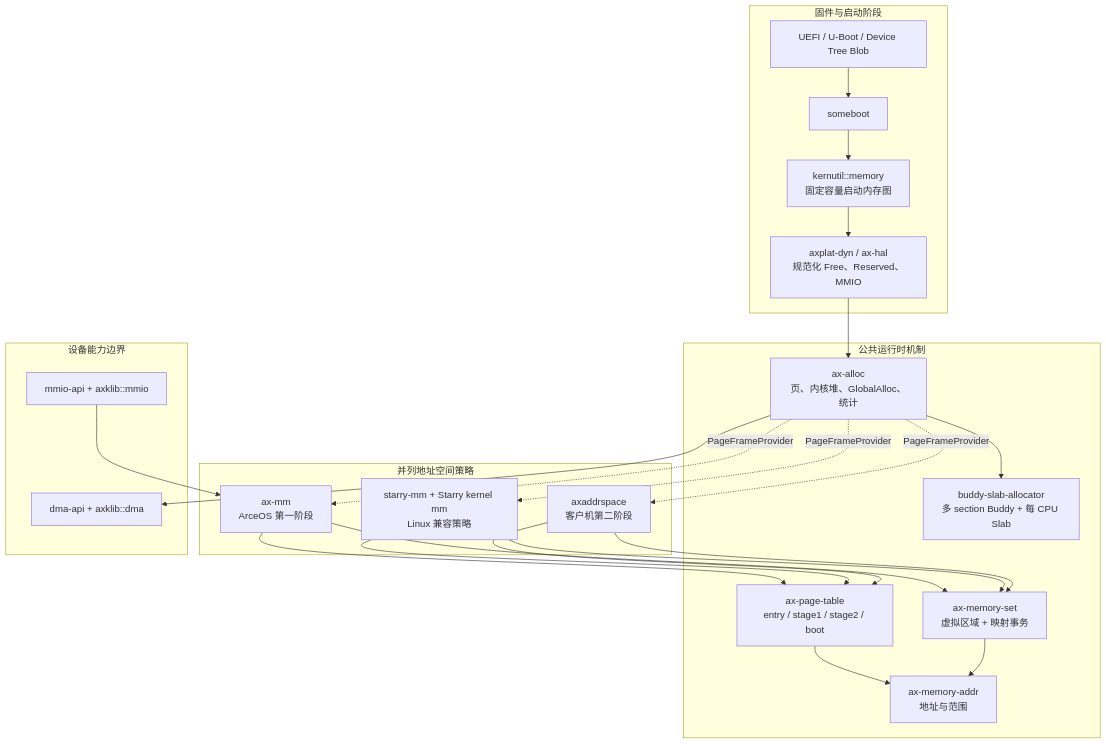
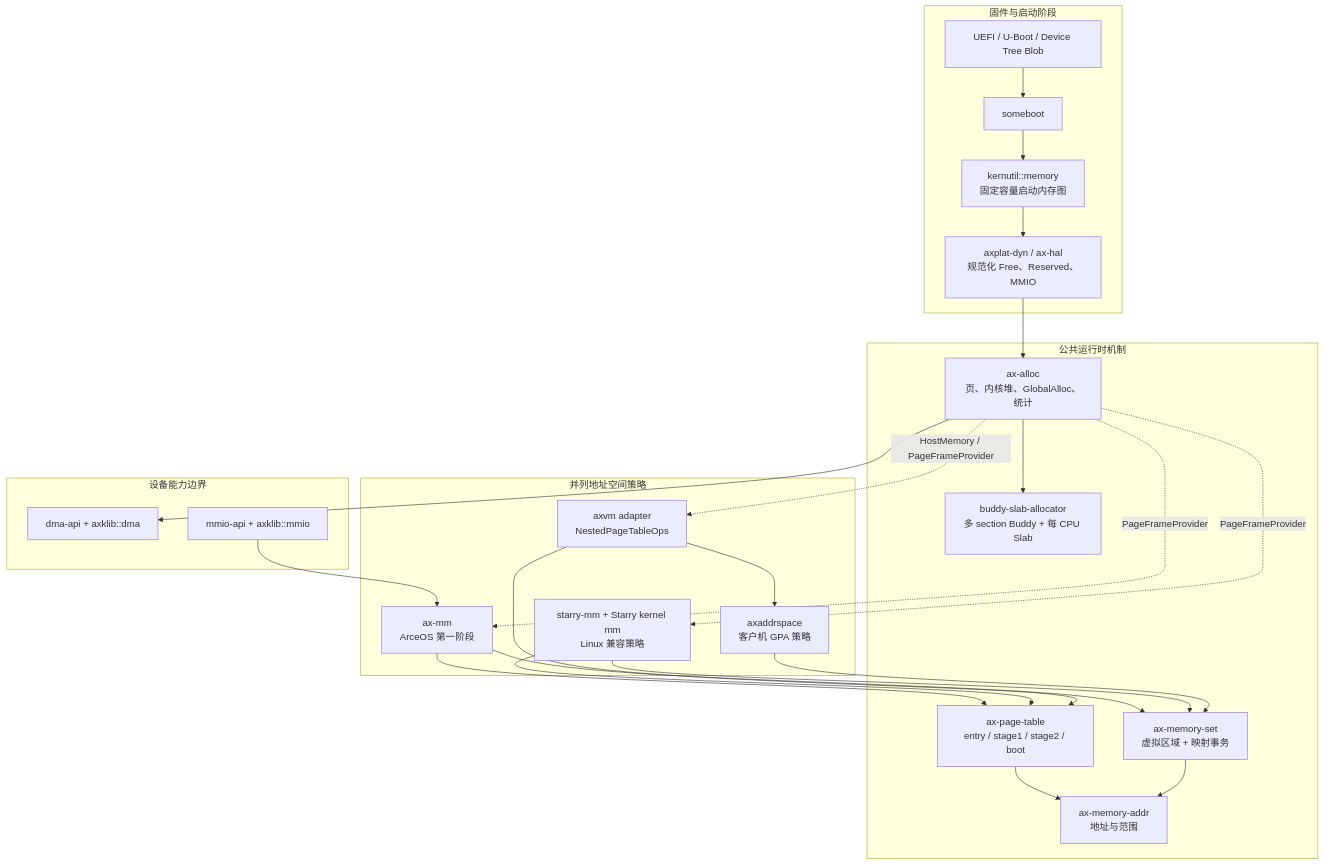
One commit to rcore-os/tgoskits changed the first of 3 diagrams in docs/docs/architecture/memory/overview.md. Above: the diagram before and after it, drawn with Mermaid. The commit also changed other lines of this file and 9 other files, not shown here.

Commit message:
docs(memory): extract axaddrspace guest policy into dedicated doc

````diff
--- a/docs/docs/architecture/memory/overview.md
+++ b/docs/docs/architecture/memory/overview.md
@@ -16,41 +16,43 @@
 ```mermaid
 flowchart TB
     subgraph Firmware["固件与启动阶段"]
         FW["UEFI / U-Boot / Device Tree Blob"] --> BOOT["someboot"]
         BOOT --> BMAP["kernutil::memory\n固定容量启动内存图"]
         BMAP --> HANDOFF["axplat-dyn / ax-hal\n规范化 Free、Reserved、MMIO"]
     end
 
     subgraph Runtime["公共运行时机制"]
         HANDOFF --> ALLOC["ax-alloc\n页、内核堆、GlobalAlloc、统计"]
         ALLOC --> BS["buddy-slab-allocator\n多 section Buddy + 每 CPU Slab"]
         PT["ax-page-table\nentry / stage1 / stage2 / boot"]
         SET["ax-memory-set\n虚拟区域 + 映射事务"]
         ADDR["ax-memory-addr\n地址与范围"]
         PT --> ADDR
         SET --> ADDR
     end
 
     subgraph Policy["并列地址空间策略"]
         AXMM["ax-mm\nArceOS 第一阶段"]
         STARRY["starry-mm + Starry kernel mm\nLinux 兼容策略"]
-        AXAS["axaddrspace\n客户机第二阶段"]
+        AXAS["axaddrspace\n客户机 GPA 策略"]
+        AXVM["axvm adapter\nNestedPageTableOps"]
         AXMM --> PT
         AXMM --> SET
         STARRY --> PT
         STARRY --> SET
-        AXAS --> PT
         AXAS --> SET
+        AXVM --> AXAS
+        AXVM --> PT
     end
 
     subgraph Device["设备能力边界"]
         DMA["dma-api + axklib::dma"]
         MMIO["mmio-api + axklib::mmio"]
     end
 
     ALLOC -. "PageFrameProvider" .-> AXMM
     ALLOC -. "PageFrameProvider" .-> STARRY
-    ALLOC -. "PageFrameProvider" .-> AXAS
+    ALLOC -. "HostMemory / PageFrameProvider" .-> AXVM
     ALLOC --> DMA
     MMIO --> AXMM
 ```
````
